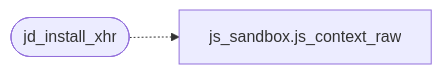
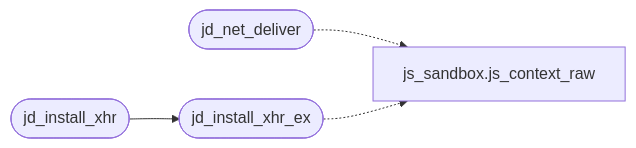
One commit to grisuno/FreeDom changed the diagram in readmenator-apidocs/modules/src.js_fetch.c.md. Above: the diagram before and after it, drawn with Mermaid. The commit also changed other lines of this file and 236 other files, not shown here.

First line of the commit message:
test: XHR/fetch async

````diff
--- a/readmenator-apidocs/modules/src.js_fetch.c.md
+++ b/readmenator-apidocs/modules/src.js_fetch.c.md
@@ -14,6 +14,10 @@
 ```mermaid
 flowchart LR
     n_src_js_fetch_c__jd_install_xhr(["jd_install_xhr"])
+    n_src_js_fetch_c__jd_install_xhr_ex(["jd_install_xhr_ex"])
+    n_src_js_fetch_c__jd_net_deliver(["jd_net_deliver"])
     n_src_js_sandbox_c__js_context_raw["js_sandbox.js_context_raw"]
-    n_src_js_fetch_c__jd_install_xhr -.-> n_src_js_sandbox_c__js_context_raw
+    n_src_js_fetch_c__jd_install_xhr --> n_src_js_fetch_c__jd_install_xhr_ex
+    n_src_js_fetch_c__jd_net_deliver -.-> n_src_js_sandbox_c__js_context_raw
+    n_src_js_fetch_c__jd_install_xhr_ex -.-> n_src_js_sandbox_c__js_context_raw
 ```
````
